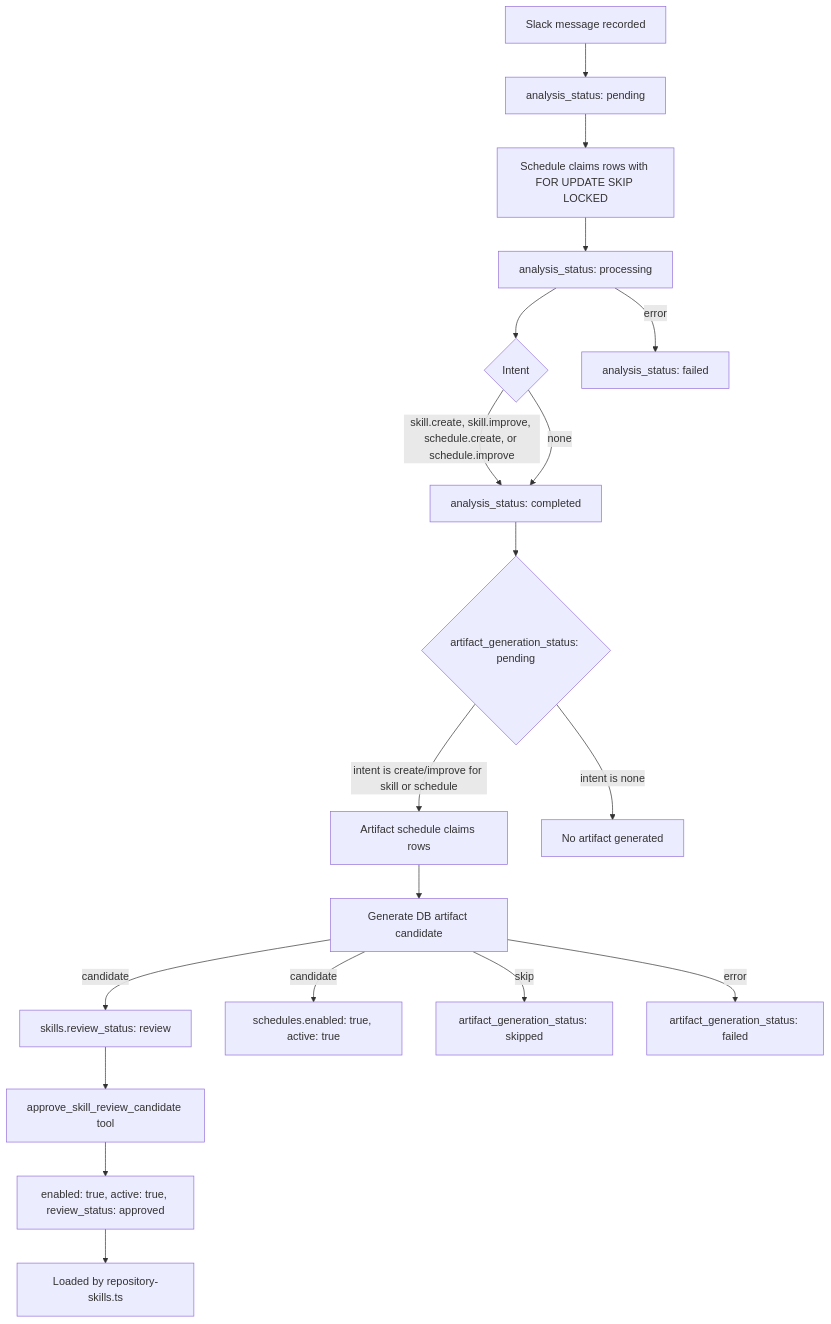
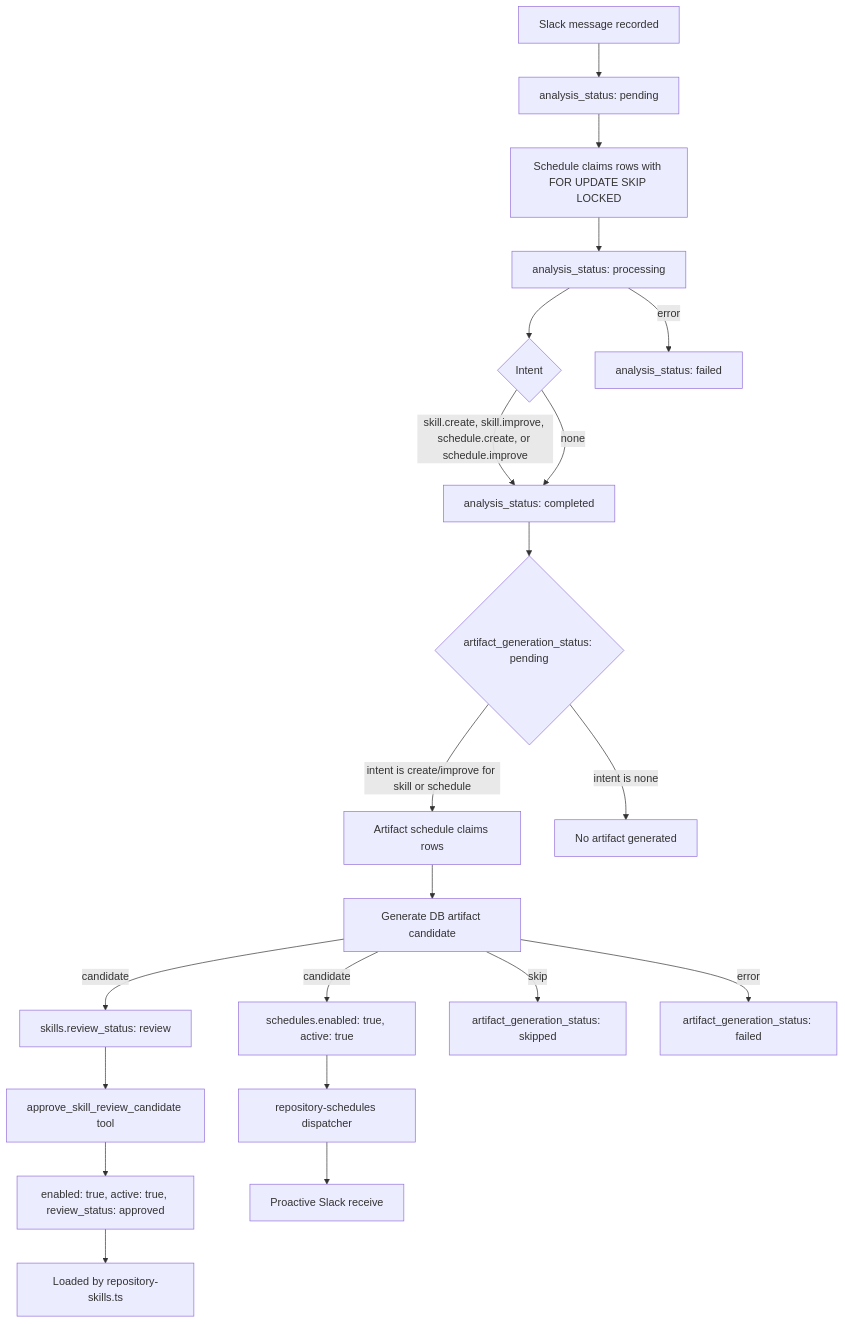
Before and after one commit to GorobVictor/slack-ai-agent-eve: the third of 5 diagrams in README.md, drawn with Mermaid. The commit also changed other lines of this file and 2 other files, not shown here.

First line of the commit message:
ref: document schedule dispatcher workflow

````diff
--- a/README.md
+++ b/README.md
@@ -146,23 +146,25 @@
 ```mermaid
 flowchart TD
   Message[Slack message recorded] --> Pending[analysis_status: pending]
   Pending --> ClaimAnalysis[Schedule claims rows with FOR UPDATE SKIP LOCKED]
   ClaimAnalysis --> Processing[analysis_status: processing]
   Processing --> Intent{Intent}
   Intent -->|skill.create, skill.improve, schedule.create, or schedule.improve| Completed[analysis_status: completed]
   Intent -->|none| Completed
   Processing -->|error| AnalysisFailed[analysis_status: failed]
 
   Completed --> ArtifactPending{artifact_generation_status: pending}
   ArtifactPending -->|intent is create/improve for skill or schedule| ClaimGeneration[Artifact schedule claims rows]
   ArtifactPending -->|intent is none| NoArtifact[No artifact generated]
   ClaimGeneration --> Generate[Generate DB artifact candidate]
   Generate -->|candidate| ReviewSkill[skills.review_status: review]
   Generate -->|candidate| ActiveSchedule[schedules.enabled: true, active: true]
   Generate -->|skip| Skipped[artifact_generation_status: skipped]
   Generate -->|error| GenerationFailed[artifact_generation_status: failed]
 
   ReviewSkill --> AdminApproval[approve_skill_review_candidate tool]
   AdminApproval --> ActiveSkill[enabled: true, active: true, review_status: approved]
   ActiveSkill --> DynamicLoad[Loaded by repository-skills.ts]
+  ActiveSchedule --> DispatchSchedule[repository-schedules dispatcher]
+  DispatchSchedule --> SlackReceive[Proactive Slack receive]
 ```
````
